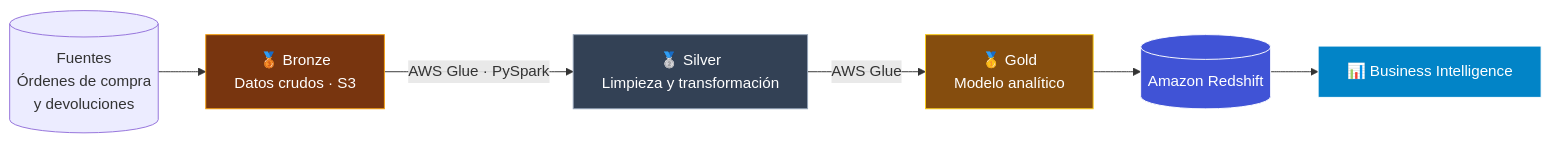
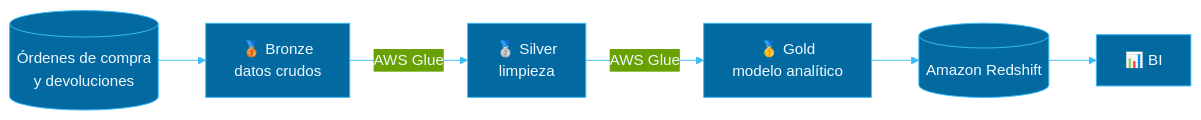
Before and after one commit to joseman11/joseman11: the diagram in README.md, drawn with Mermaid. The commit also changed other lines of this file, not shown here.

````diff
--- a/README.md
+++ b/README.md
@@ -112,14 +41,8 @@
 ```mermaid
+%%{init: {'theme':'base','themeVariables':{'primaryColor':'#0369A1','primaryTextColor':'#F0F9FF','primaryBorderColor':'#38BDF8','lineColor':'#38BDF8','fontFamily':'monospace'}}}%%
 flowchart LR
-    A[(Fuentes<br/>Órdenes de compra<br/>y devoluciones)] --> B[🥉 Bronze<br/>Datos crudos · S3]
-    B -->|AWS Glue · PySpark| C[🥈 Silver<br/>Limpieza y transformación]
-    C -->|AWS Glue| D[🥇 Gold<br/>Modelo analítico]
-    D --> E[(Amazon Redshift)]
-    E --> F[📊 Business Intelligence]
-
-    style B fill:#78350f,stroke:#f59e0b,color:#fff
-    style C fill:#334155,stroke:#94a3b8,color:#fff
-    style D fill:#854d0e,stroke:#facc15,color:#fff
-    style E fill:#4053D6,stroke:#fff,color:#fff
-    style F fill:#0284C7,stroke:#fff,color:#fff
+  A[(Órdenes de compra<br/>y devoluciones)] --> B[🥉 Bronze<br/>datos crudos]
+  B -->|AWS Glue| C[🥈 Silver<br/>limpieza]
+  C -->|AWS Glue| D[🥇 Gold<br/>modelo analítico]
+  D --> E[(Amazon Redshift)] --> F[📊 BI]
 ```
````
